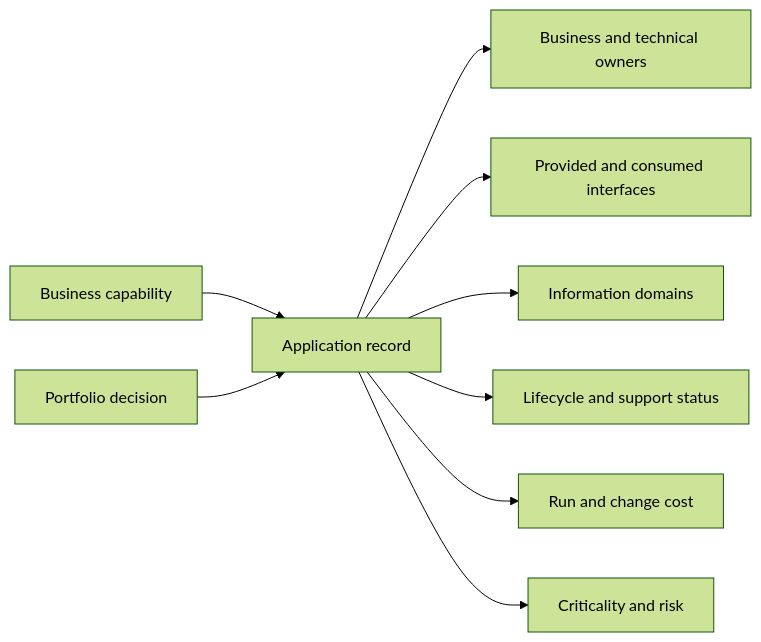
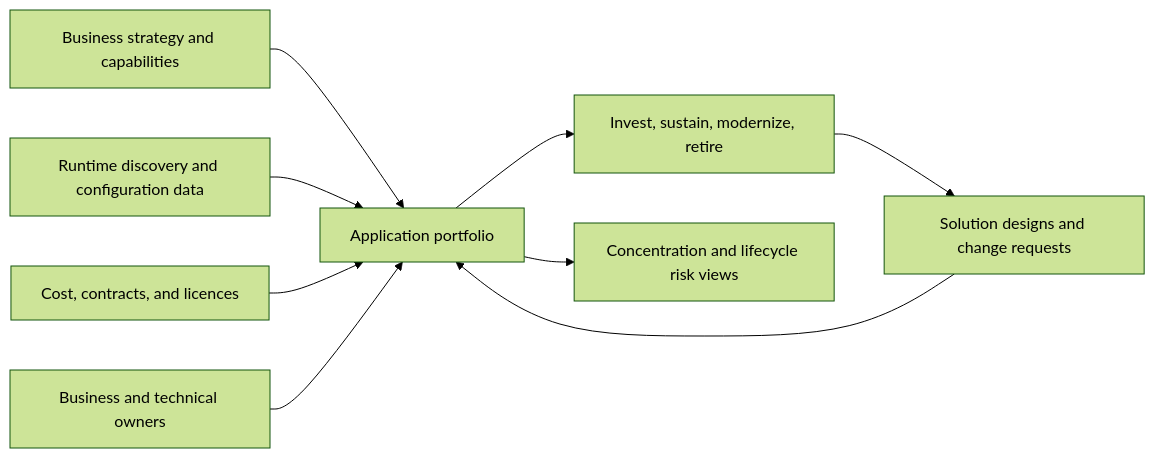
The first of 10 diagrams in 18_Enterprise_Architecture/CH05_Application_Architecture.md (joydasss/Architect), drawn with Mermaid (forest theme) before and after one commit. The commit also changed other lines of this file and 22 other files, not shown here.

Commit message:
Architecture changes

````diff
--- a/18_Enterprise_Architecture/CH05_Application_Architecture.md
+++ b/18_Enterprise_Architecture/CH05_Application_Architecture.md
@@ -11,11 +52,11 @@
 ```mermaid
 flowchart LR
-    Capability[Business capability] --> App[Application record]
-    App --> Owner[Business and technical owners]
-    App --> Interfaces[Provided and consumed interfaces]
-    App --> Data[Information domains]
-    App --> Lifecycle[Lifecycle and support status]
-    App --> Cost[Run and change cost]
-    App --> Risk[Criticality and risk]
-    Portfolio[Portfolio decision] --> App
+    Strategy["Business strategy and capabilities"] --> Portfolio["Application portfolio"]
+    Portfolio --> Decisions["Invest, sustain, modernize, retire"]
+    Discovery["Runtime discovery and configuration data"] --> Portfolio
+    Finance["Cost, contracts, and licences"] --> Portfolio
+    Owners["Business and technical owners"] --> Portfolio
+    Projects["Solution designs and change requests"] --> Portfolio
+    Portfolio --> Risk["Concentration and lifecycle risk views"]
+    Decisions --> Projects
 ```
````
